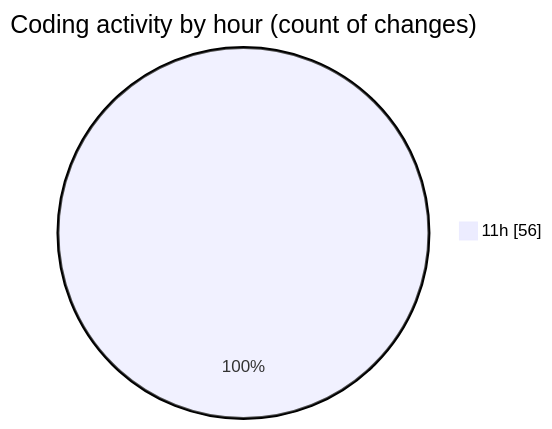
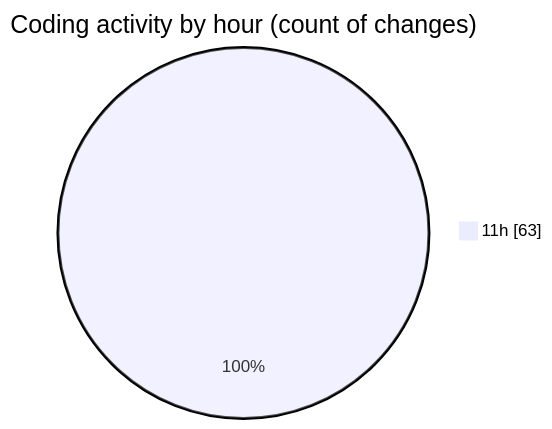
The second of 2 diagrams in 2025-12-24/nxtqube_webapp/README.md (nxtqubesakshisongat/code-tracking), drawn with Mermaid before and after one commit. The commit also changed other lines of this file and 1 other file, not shown here.

````diff
--- a/2025-12-24/nxtqube_webapp/README.md
+++ b/2025-12-24/nxtqube_webapp/README.md
@@ -28,5 +28,5 @@
 ```mermaid
 pie showData
 title Coding activity by hour (count of changes)
-"11h" : 56
+"11h" : 63
 ```
````
